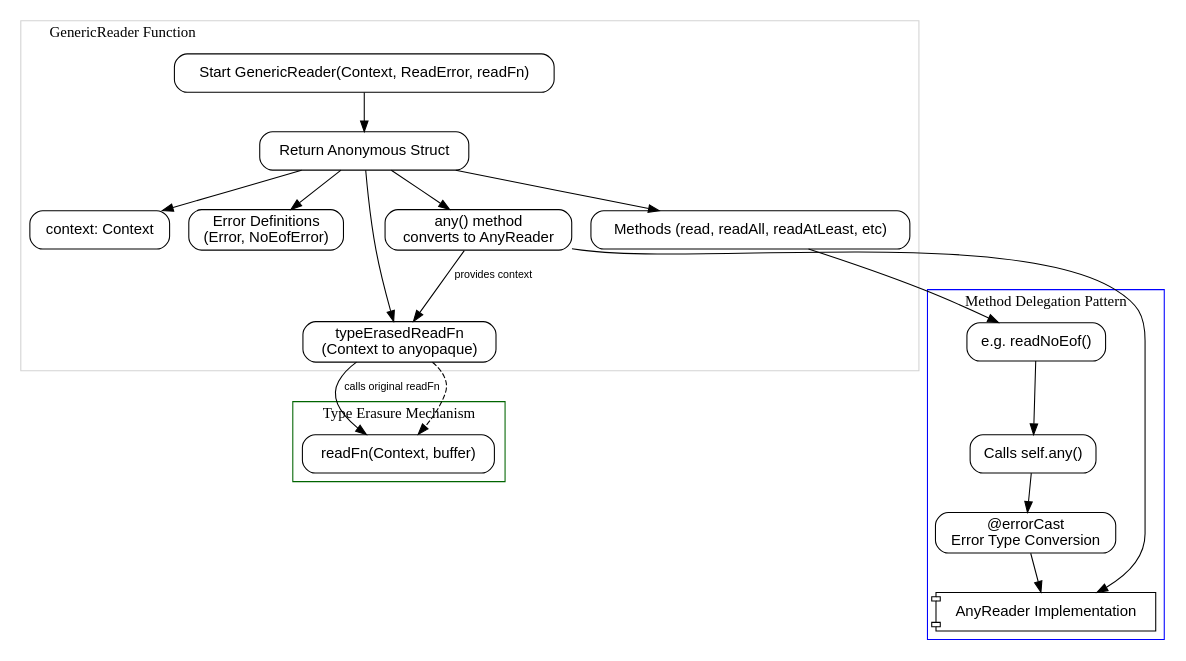
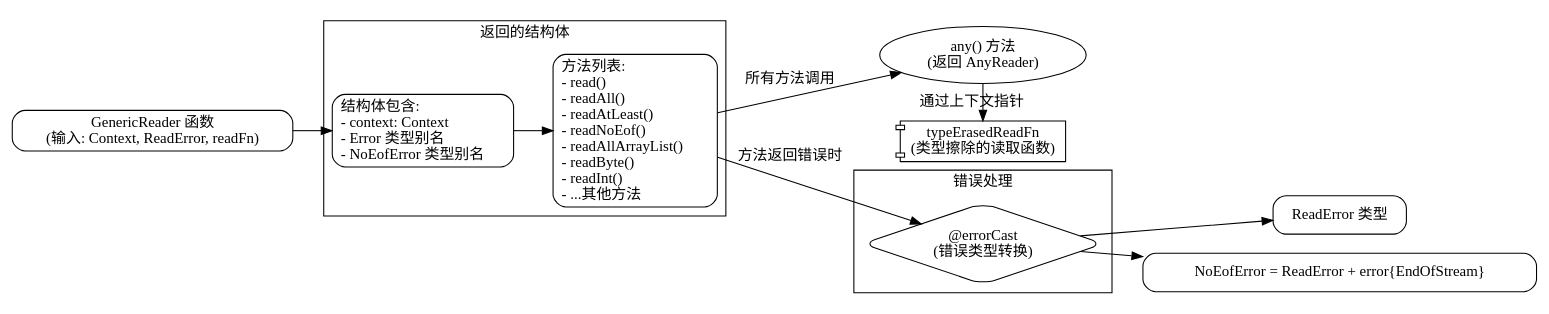
The diagram in dot_std/io.zig.GenericReader.md (sdzx-1/deepseek-zig-reader), drawn with Graphviz before and after one commit. The commit also changed other lines of this file and 236 other files, not shown here.

````diff
--- a/dot_std/io.zig.GenericReader.md
+++ b/dot_std/io.zig.GenericReader.md
@@ -17,55 +15,40 @@
-```dot
-digraph flowchart {
-    rankdir=TB;
-    node [shape=rectangle, style="rounded", fontname="Helvetica", fillcolor="#f0f0f0"];
-    edge [fontname="Helvetica", fontsize=10];
+```graphviz
+digraph GenericReader {
+    rankdir=LR;
+    node [shape=box, style=rounded];
 
-    // 主要节点
-    subgraph cluster_GenericReader {
-        label="GenericReader Function";
-        labeljust=l;
-        color=lightgrey;
-
-        Start [label="Start GenericReader(Context, ReadError, readFn)"];
-        ReturnStruct [label="Return Anonymous Struct"];
-        ContextField [label="context: Context"];
-        ErrorDefinitions [label="Error Definitions\n(Error, NoEofError)"];
-        Methods [label="Methods (read, readAll, readAtLeast, etc)"];
-        AnyMethod [label="any() method\nconverts to AnyReader"];
-        TypeErasedReadFn [label="typeErasedReadFn\n(Context to anyopaque)"];
-
-        Start -> ReturnStruct;
-        ReturnStruct -> ContextField;
-        ReturnStruct -> ErrorDefinitions;
-        ReturnStruct -> Methods;
-        ReturnStruct -> AnyMethod;
-        ReturnStruct -> TypeErasedReadFn;
+    // 入口节点
+    GenericReader [label="GenericReader 函数\n(输入: Context, ReadError, readFn)"];
+    
+    // 返回的结构体
+    subgraph cluster_struct {
+        label="返回的结构体";
+        Struct [label="结构体包含:\l- context: Context\l- Error 类型别名\l- NoEofError 类型别名\l"];
+        Methods [label="方法列表:\l- read()\l- readAll()\l- readAtLeast()\l- readNoEof()\l- readAllArrayList()\l- readByte()\l- readInt()\l- ...其他方法\l"];
+        AnyMethod [label="any() 方法\n(返回 AnyReader)", shape=ellipse];
+        TypeErasedReadFn [label="typeErasedReadFn\n(类型擦除的读取函数)", shape=component];
     }
 
-    subgraph cluster_Methods {
-        label="Method Delegation Pattern";
-        color=blue;
-
-        MethodExample [label="e.g. readNoEof()"];
-        AnyReaderCall [label="Calls self.any()"];
-        ErrorCast [label="@errorCast\nError Type Conversion"];
-        AnyReaderImpl [label="AnyReader Implementation", shape=component];
-
-        MethodExample -> AnyReaderCall -> ErrorCast -> AnyReaderImpl;
+    // 连接关系
+    GenericReader -> Struct;
+    Struct -> Methods;
+    Methods -> AnyMethod [label="所有方法调用"];
+    AnyMethod -> TypeErasedReadFn [label="通过上下文指针"];
+    
+    // 类型系统分支
+    subgraph cluster_errors {
+        label="错误处理";
+        ReadErrorNode [label="ReadError 类型"];
+        NoEofErrorNode [label="NoEofError = ReadError + error{EndOfStream}"];
+        ErrorCast [label="@errorCast\n(错误类型转换)", shape=diamond];
     }
 
-    subgraph cluster_TypeErasure {
-        label="Type Erasure Mechanism";
-        color=darkgreen;
+    Methods -> ErrorCast [label="方法返回错误时"];
+    ErrorCast -> ReadErrorNode;
+    ErrorCast -> NoEofErrorNode;
 
-        AnyMethod -> TypeErasedReadFn [label="provides context"];
-        TypeErasedReadFn -> ReadFnCall [label="calls original readFn"];
-        ReadFnCall [label="readFn(Context, buffer)"];
-    }
-
-    // 跨集群连接
-    Methods -> MethodExample [lhead=cluster_Methods];
-    AnyMethod -> AnyReaderImpl [ltail=cluster_Methods];
-    TypeErasedReadFn -> ReadFnCall [style=dashed];
+    // 依赖关系
+    {rank=same; AnyMethod; TypeErasedReadFn}
+    {rank=same; ReadErrorNode; NoEofErrorNode}
 }
 ```
````
